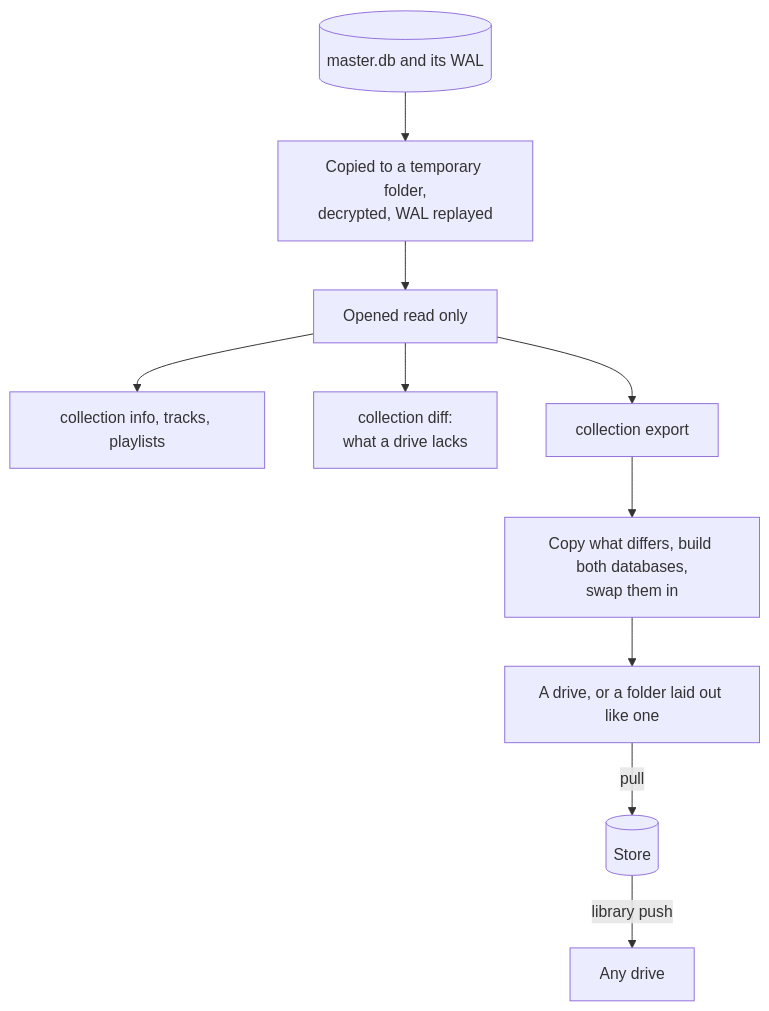
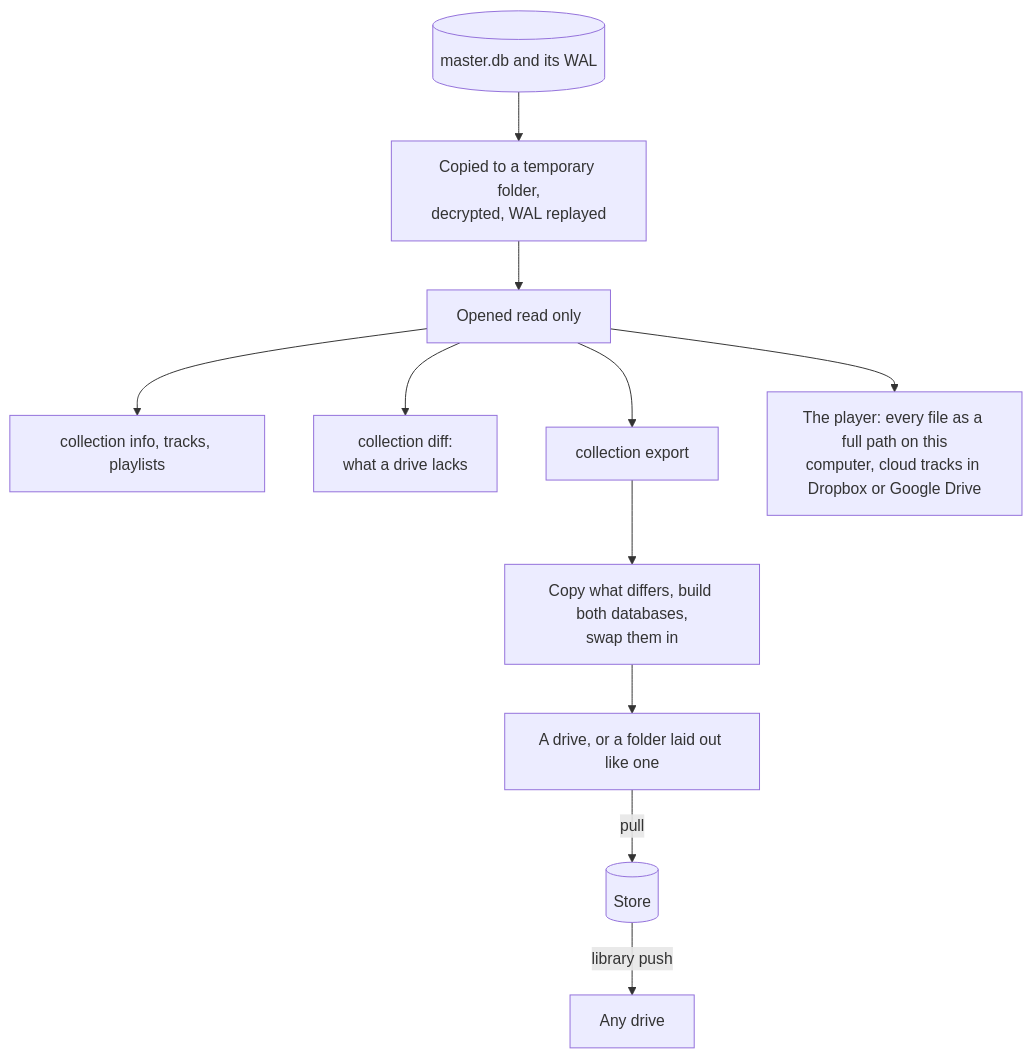
One commit to cutenode/localnetwork changed the fourth of 10 diagrams in apps/locallibrary/docs/diagrams/data.md. Above: the diagram before and after it, drawn with Mermaid. The commit also changed other lines of this file and 5 other files, not shown here.

````diff
--- a/apps/locallibrary/docs/diagrams/data.md
+++ b/apps/locallibrary/docs/diagrams/data.md
@@ -76,12 +76,13 @@
 ```mermaid
 flowchart TD
     master[("master.db and its WAL")] --> copy["Copied to a temporary folder,<br/>decrypted, WAL replayed"]
     copy --> read["Opened read only"]
     read --> reads["collection info, tracks, playlists"]
     read --> diff["collection diff:<br/>what a drive lacks"]
     read --> export["collection export"]
+    read --> player["The player: every file as a full path on this<br/>computer, cloud tracks in Dropbox or Google Drive"]
     export --> write["Copy what differs, build both databases,<br/>swap them in"]
     write --> target["A drive, or a folder laid out like one"]
     target -->|"pull"| store[("Store")]
     store -->|"library push"| drive["Any drive"]
 ```
````
